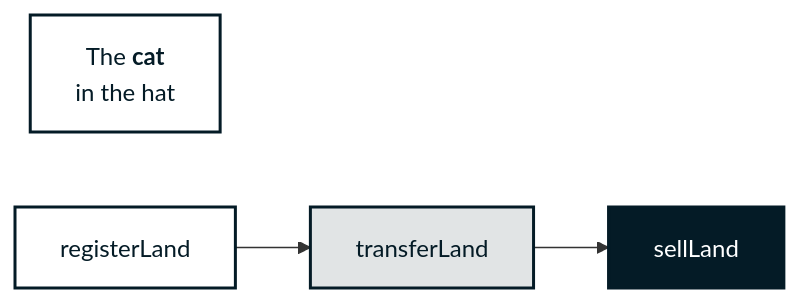
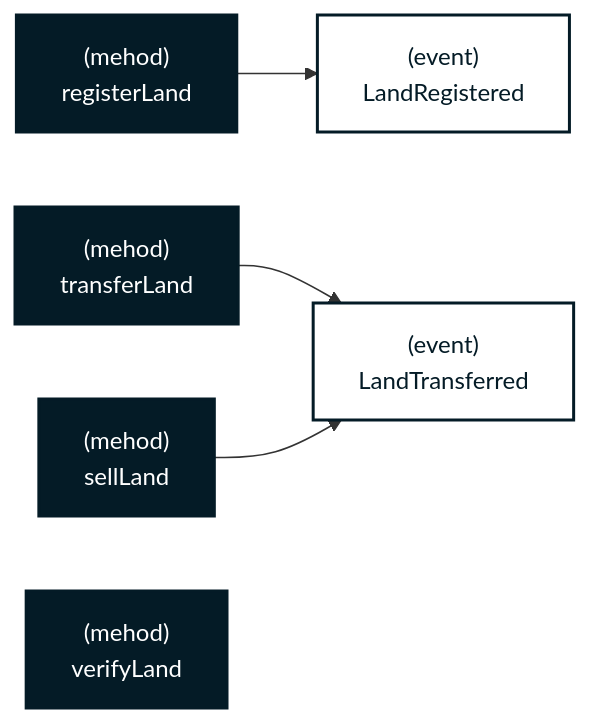
One commit to block-foundation/solidity-land-registry changed the diagram in README.md. Above: the diagram before and after it, drawn with Mermaid. The commit also changed other lines of this file, not shown here.

````diff
--- a/README.md
+++ b/README.md
@@ -118,12 +118,26 @@
 ``` mermaid
 flowchart LR
 
-    a["`The **cat**
-in the hat`"]:::class_light
+    registerLand["(mehod)
+    registerLand"]:::class_dark
+    transferLand["(mehod)
+    transferLand"]:::class_dark
+    sellLand["(mehod)
+    sellLand"]:::class_dark
+    verifyLand["(mehod)
+    verifyLand"]:::class_dark
+
+    LandRegistered["(event)
+    LandRegistered"]:::class_light
+    LandTransferred["(event)
+    LandTransferred"]:::class_light
+
+    registerLand --> LandRegistered
+    transferLand --> LandTransferred
+    sellLand --> LandTransferred
 
 
-    registerLand:::class_light --> transferLand:::class_neutral --> sellLand:::class_dark
     classDef class_light fill:#FFFFFF,color:#041B26,stroke:#041B26,stroke-width:2px;
     classDef class_neutral fill:#E1E4E5,color:#041B26,stroke:#041B26,stroke-width:2px;
     classDef class_dark fill:#041B26,color:#FFFFFF,stroke:#041B26,stroke-width:2px;
 ```
````
